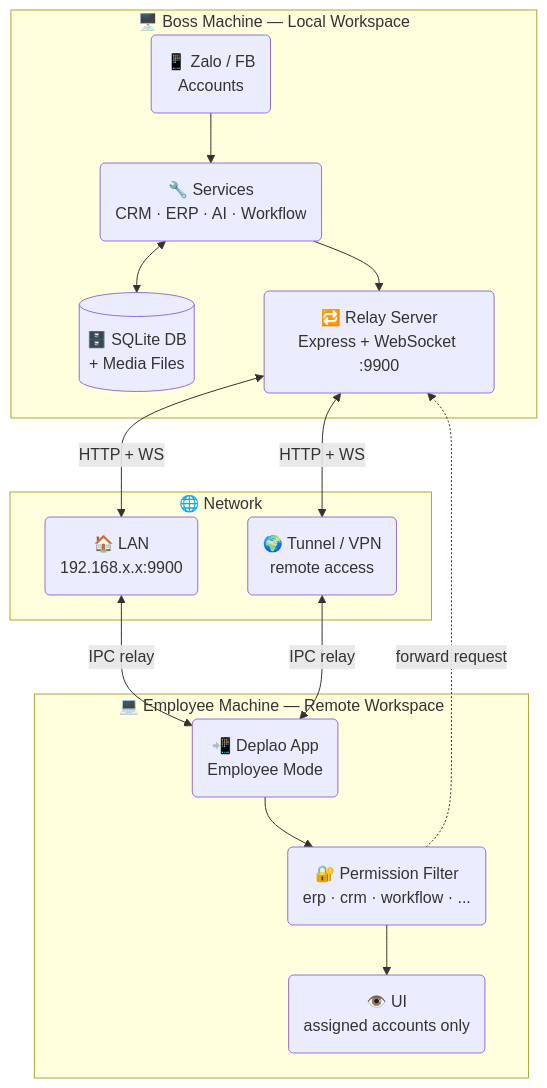
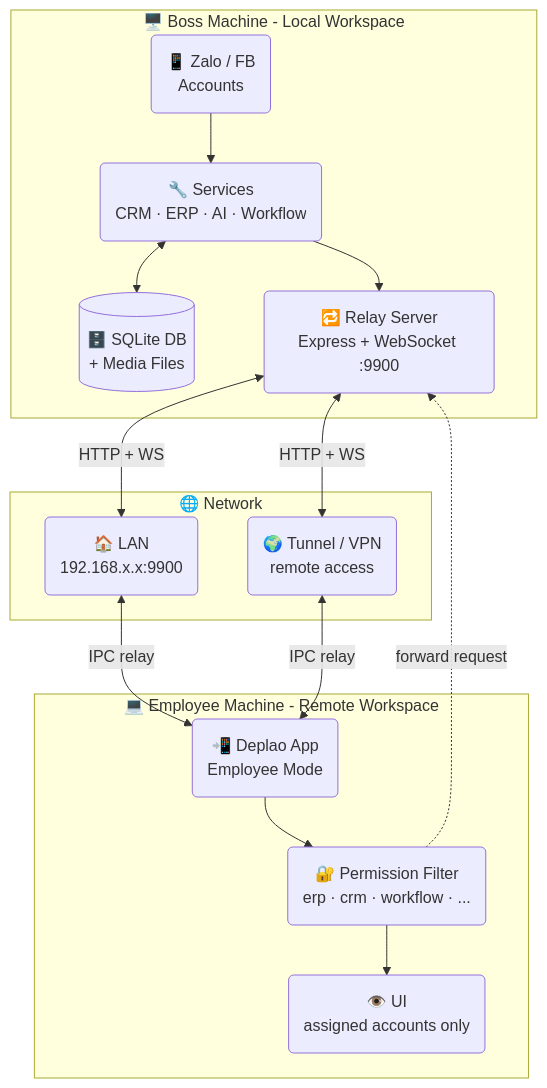
Before and after one commit to dongphuongman/deplao: the third of 4 diagrams in README.en.md, drawn with Mermaid. The commit also changed other lines of this file and 224 other files, not shown here.

````diff
--- a/README.en.md
+++ b/README.en.md
@@ -246,29 +246,29 @@
 ```mermaid
 flowchart TB
-    subgraph BOSS["🖥️ Boss Machine — Local Workspace"]
+    subgraph BOSS["🖥️ Boss Machine - Local Workspace"]
         BZ("📱 Zalo / FB\nAccounts")
         BSV("🔧 Services\nCRM · ERP · AI · Workflow")
         BSD[("🗄️ SQLite DB\n+ Media Files")]
         BRL("🔁 Relay Server\nExpress + WebSocket :9900")
     end
 
     subgraph NET["🌐 Network"]
         LAN("🏠 LAN\n192.168.x.x:9900")
         WAN("🌍 Tunnel / VPN\nremote access")
     end
 
-    subgraph EMP["💻 Employee Machine — Remote Workspace"]
+    subgraph EMP["💻 Employee Machine - Remote Workspace"]
         EA("📲 Deplao App\nEmployee Mode")
         EP("🔐 Permission Filter\nerp · crm · workflow · ...")
         EU("👁️ UI\nassigned accounts only")
     end
 
     BZ --> BSV
     BSV <--> BSD
     BSV --> BRL
     BRL <-->|HTTP + WS| LAN & WAN
     LAN <-->|IPC relay| EA
     WAN <-->|IPC relay| EA
     EA --> EP --> EU
     EP -.->|forward request| BRL
 ```
````
